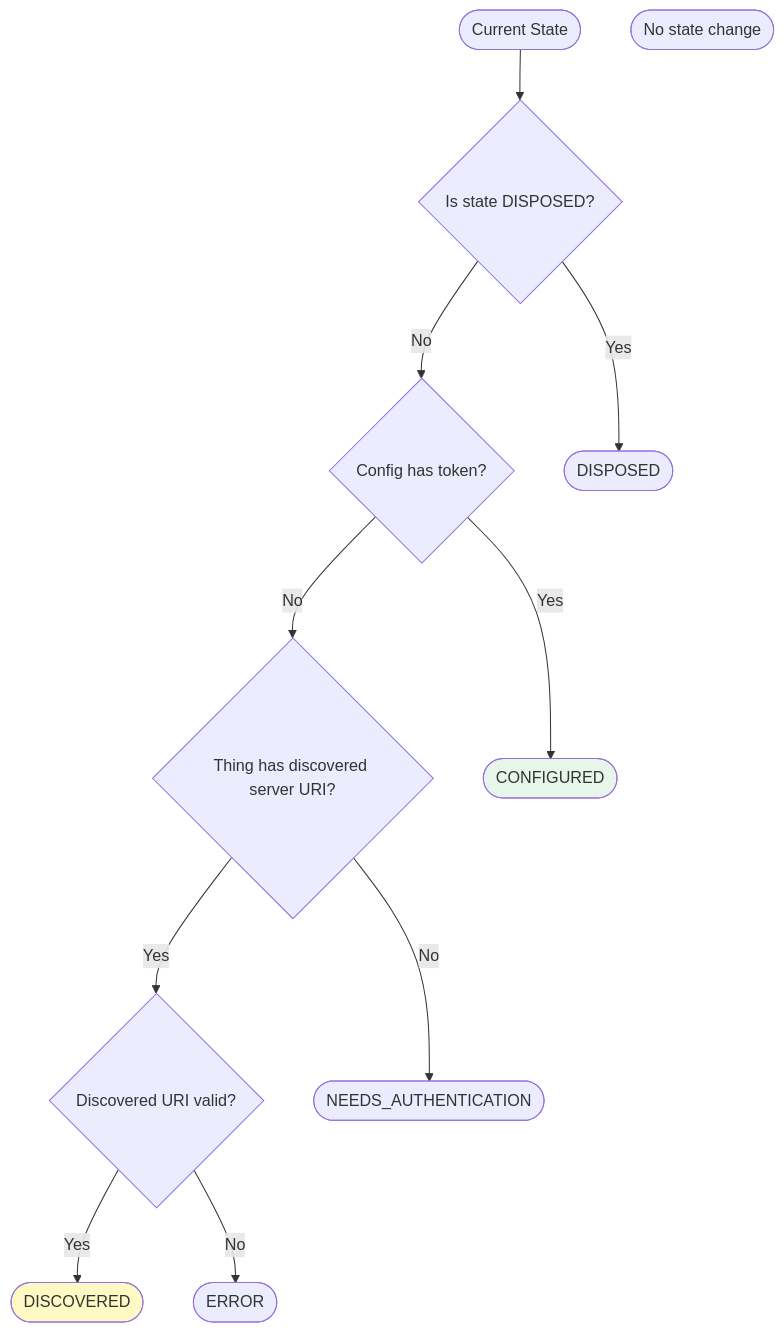
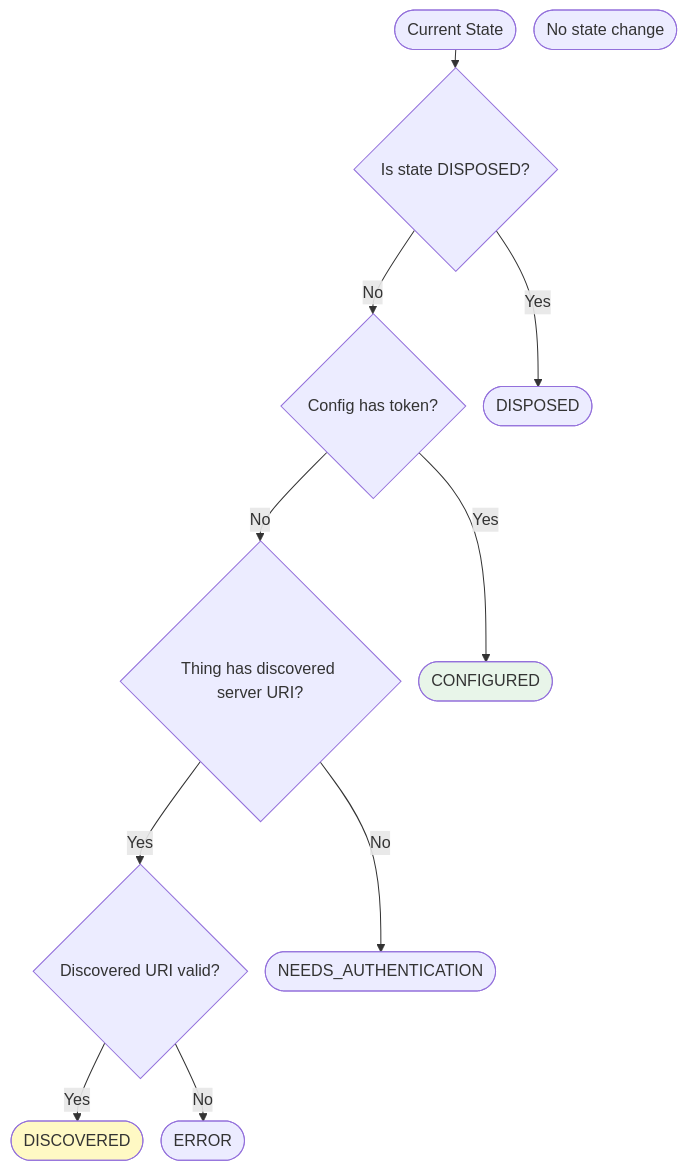
Before and after one commit to openhab/openhab-addons: the second of 2 diagrams in bundles/org.openhab.binding.jellyfin/docs/architecture/server-state.md, drawn with Mermaid. The commit also changed other lines of this file and 15 other files, not shown here.

Commit message:
chore(docs): update architecture documentation with Mermaid diagram enhancements and remove obsolete NOTICE file

````diff
--- a/bundles/org.openhab.binding.jellyfin/docs/architecture/server-state.md
+++ b/bundles/org.openhab.binding.jellyfin/docs/architecture/server-state.md
@@ -66,27 +67,28 @@
 ```mermaid
+%%{init: { 'themeVariables': { 'fontSize': '16px' }, 'flowchart': { 'useMaxWidth': false, 'nodeSpacing': 18, 'rankSpacing': 18 } } }%%
 flowchart TD
     Start([Current State])
     CheckDisposed{Is state DISPOSED?}
     CheckToken{Config has token?}
     CheckDiscovered{Thing has discovered server URI?}
     CheckUriValid{Discovered URI valid?}
     SetDisposed([DISPOSED])
     SetConfigured([CONFIGURED])
     SetDiscovered([DISCOVERED])
     SetNeedsAuth([NEEDS_AUTHENTICATION])
     SetError([ERROR])
     NoChange([No state change])
 
     Start --> CheckDisposed
     CheckDisposed -- Yes --> SetDisposed
     CheckDisposed -- No --> CheckToken
     CheckToken -- Yes --> SetConfigured
     CheckToken -- No --> CheckDiscovered
     CheckDiscovered -- No --> SetNeedsAuth
     CheckDiscovered -- Yes --> CheckUriValid
     CheckUriValid -- Yes --> SetDiscovered
     CheckUriValid -- No --> SetError
 
     style SetConfigured fill:#e8f5e9
     style SetDiscovered fill:#fff9c4
 ```
````
